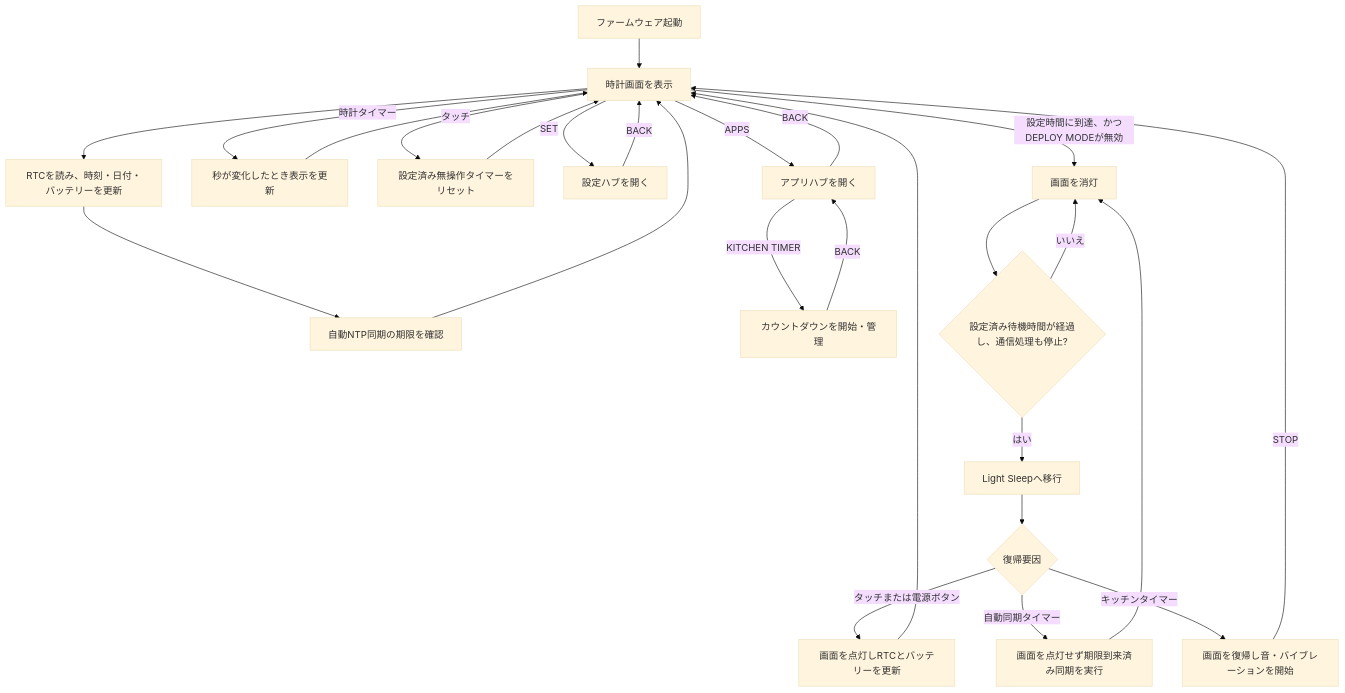
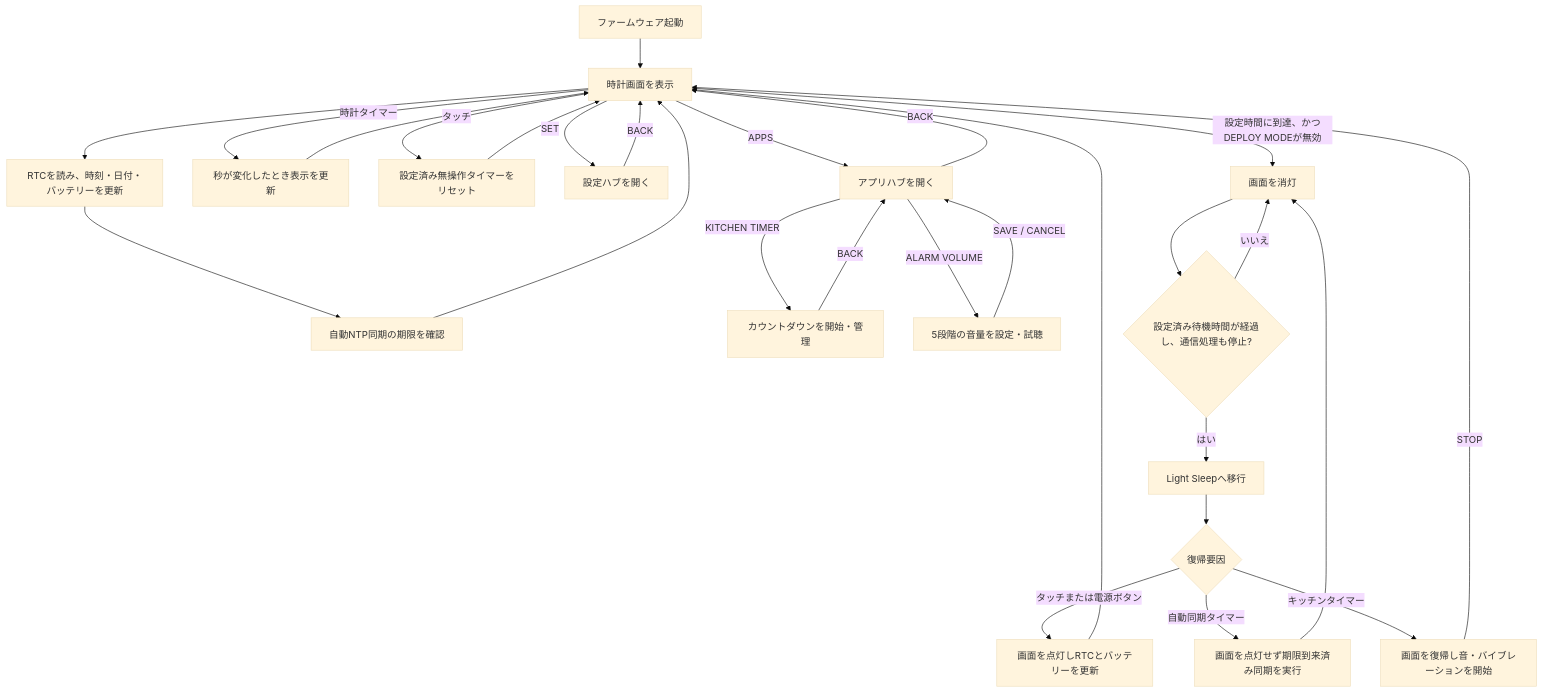
Before and after one commit to keach/LilyGoLib-PlatformIO: the fourth of 6 diagrams in README.md, drawn with Mermaid (base theme). The commit also changed other lines of this file and 12 other files, not shown here.

Commit message:
Add shared alarm notification volume

````diff
--- a/README.md
+++ b/README.md
@@ -561,30 +568,32 @@
 ```mermaid
 flowchart TD
     BOOT["ファームウェア起動"] --> CLOCK["時計画面を表示"]
     CLOCK --> REFRESH["RTCを読み、時刻・日付・バッテリーを更新"]
     REFRESH --> DUE["自動NTP同期の期限を確認"]
     DUE --> CLOCK
 
     CLOCK -- "時計タイマー" --> TICK["秒が変化したとき表示を更新"]
     TICK --> CLOCK
     CLOCK -- "タッチ" --> ACTIVE["設定済み無操作タイマーをリセット"]
     ACTIVE --> CLOCK
     CLOCK -- "SET" --> HUB["設定ハブを開く"]
     HUB -- "BACK" --> CLOCK
     CLOCK -- "APPS" --> APPS["アプリハブを開く"]
     APPS -- "KITCHEN TIMER" --> TIMER["カウントダウンを開始・管理"]
+    APPS -- "ALARM VOLUME" --> AV["5段階の音量を設定・試聴"]
+    AV -- "SAVE / CANCEL" --> APPS
     TIMER -- "BACK" --> APPS
     APPS -- "BACK" --> CLOCK
 
     CLOCK -- "設定時間に到達、かつDEPLOY MODEが無効" --> OFF["画面を消灯"]
     OFF --> READY{"設定済み待機時間が経過し、通信処理も停止?"}
     READY -- "いいえ" --> OFF
     READY -- "はい" --> SLEEP["Light Sleepへ移行"]
     SLEEP --> WAKE{"復帰要因"}
     WAKE -- "タッチまたは電源ボタン" --> RESTORE["画面を点灯しRTCとバッテリーを更新"]
     RESTORE --> CLOCK
     WAKE -- "自動同期タイマー" --> BG["画面を点灯せず期限到来済み同期を実行"]
     BG --> OFF
     WAKE -- "キッチンタイマー" --> ALERT["画面を復帰し音・バイブレーションを開始"]
     ALERT -- "STOP" --> CLOCK
 ```
````
